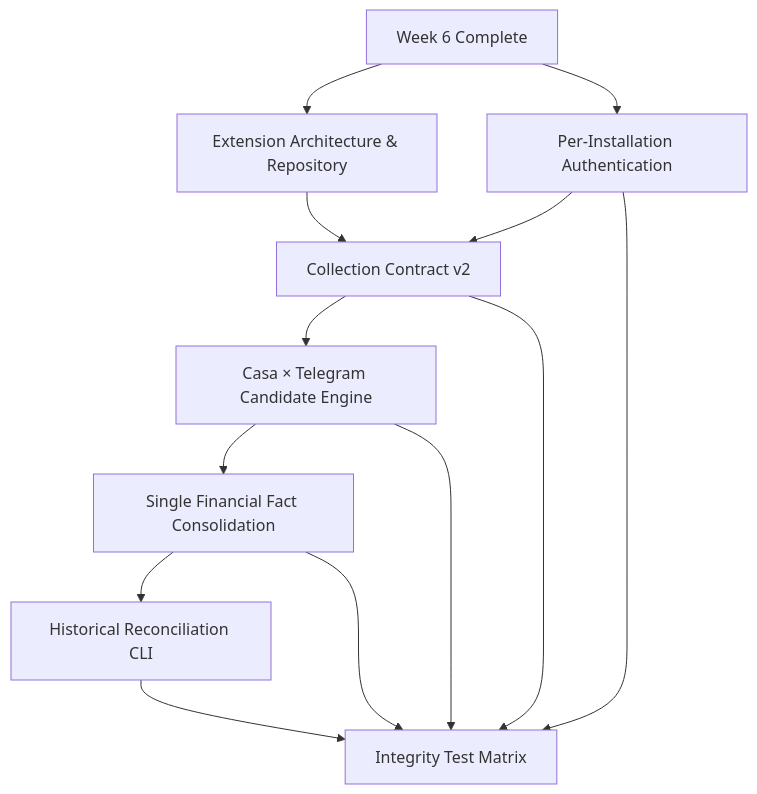
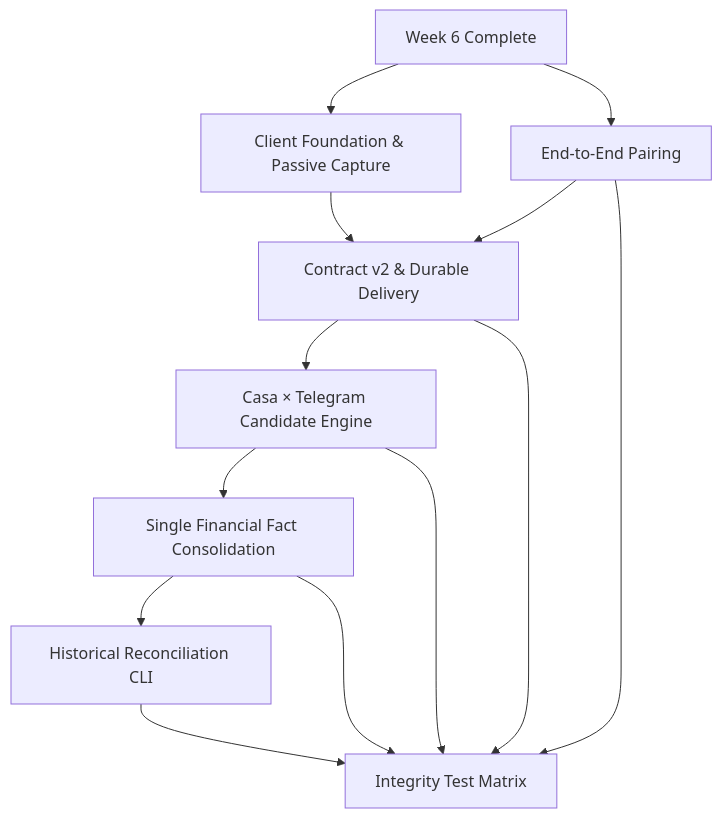
One commit to pradyumna-001/bancaemdia-api changed the diagram in docs/adrs/021-week7-collection-integrity-extension-contract-issues.md. Above: the diagram before and after it, drawn with Mermaid. The commit also changed other lines of this file and 8 other files, not shown here.

````diff
--- a/docs/adrs/021-week7-collection-integrity-extension-contract-issues.md
+++ b/docs/adrs/021-week7-collection-integrity-extension-contract-issues.md
@@ -335,15 +318,15 @@
 ```mermaid
 graph TD
-    W6[Week 6 Complete] --> 1[Extension Architecture & Repository]
-    W6 --> 2[Per-Installation Authentication]
-    1 --> 3[Collection Contract v2]
+    W6[Week 6 Complete] --> 1[Client Foundation & Passive Capture]
+    W6 --> 2[End-to-End Pairing]
+    1 --> 3[Contract v2 & Durable Delivery]
     2 --> 3
     3 --> 4[Casa × Telegram Candidate Engine]
     4 --> 5[Single Financial Fact Consolidation]
     5 --> 6[Historical Reconciliation CLI]
     2 --> 7[Integrity Test Matrix]
     3 --> 7
     4 --> 7
     5 --> 7
     6 --> 7
 ```
````
